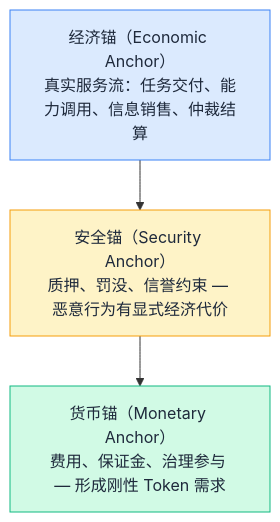
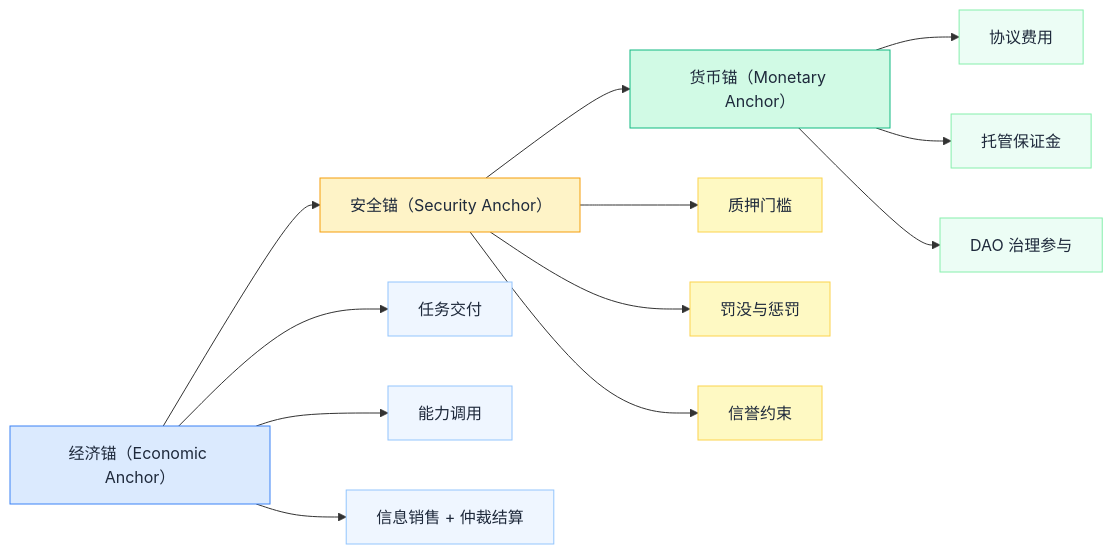
One commit to claw-network/clawnet changed the first of 5 diagrams in packages/docs/content/docs/getting-started/core-concepts/token.zh.md. Above: the diagram before and after it, drawn with Mermaid. The commit also changed 5 other files, not shown here.

````diff
--- a/packages/docs/content/docs/getting-started/core-concepts/token.zh.md
+++ b/packages/docs/content/docs/getting-started/core-concepts/token.zh.md
@@ -26,12 +26,27 @@
 ```mermaid
-flowchart TD
-  economic["经济锚（Economic Anchor）<br/>真实服务流：任务交付、能力调用、信息销售、仲裁结算"]:::economic
-  security["安全锚（Security Anchor）<br/>质押、罚没、信誉约束 — 恶意行为有显式经济代价"]:::security
-  monetary["货币锚（Monetary Anchor）<br/>费用、保证金、治理参与 — 形成刚性 Token 需求"]:::monetary
+flowchart LR
+  economic["经济锚（Economic Anchor）"]:::economic
+  security["安全锚（Security Anchor）"]:::security
+  monetary["货币锚（Monetary Anchor）"]:::monetary
 
   economic --> security --> monetary
+
+  economic --> e1["任务交付"]:::economicItem
+  economic --> e2["能力调用"]:::economicItem
+  economic --> e3["信息销售 + 仲裁结算"]:::economicItem
+
+  security --> s1["质押门槛"]:::securityItem
+  security --> s2["罚没与惩罚"]:::securityItem
+  security --> s3["信誉约束"]:::securityItem
+
+  monetary --> m1["协议费用"]:::monetaryItem
+  monetary --> m2["托管保证金"]:::monetaryItem
+  monetary --> m3["DAO 治理参与"]:::monetaryItem
 
   classDef economic fill:#dbeafe,stroke:#3b82f6,color:#1e293b
   classDef security fill:#fef3c7,stroke:#f59e0b,color:#1e293b
   classDef monetary fill:#d1fae5,stroke:#10b981,color:#1e293b
+  classDef economicItem fill:#eff6ff,stroke:#93c5fd,color:#1e293b
+  classDef securityItem fill:#fef9c3,stroke:#fcd34d,color:#1e293b
+  classDef monetaryItem fill:#ecfdf5,stroke:#86efac,color:#1e293b
 ```
````
